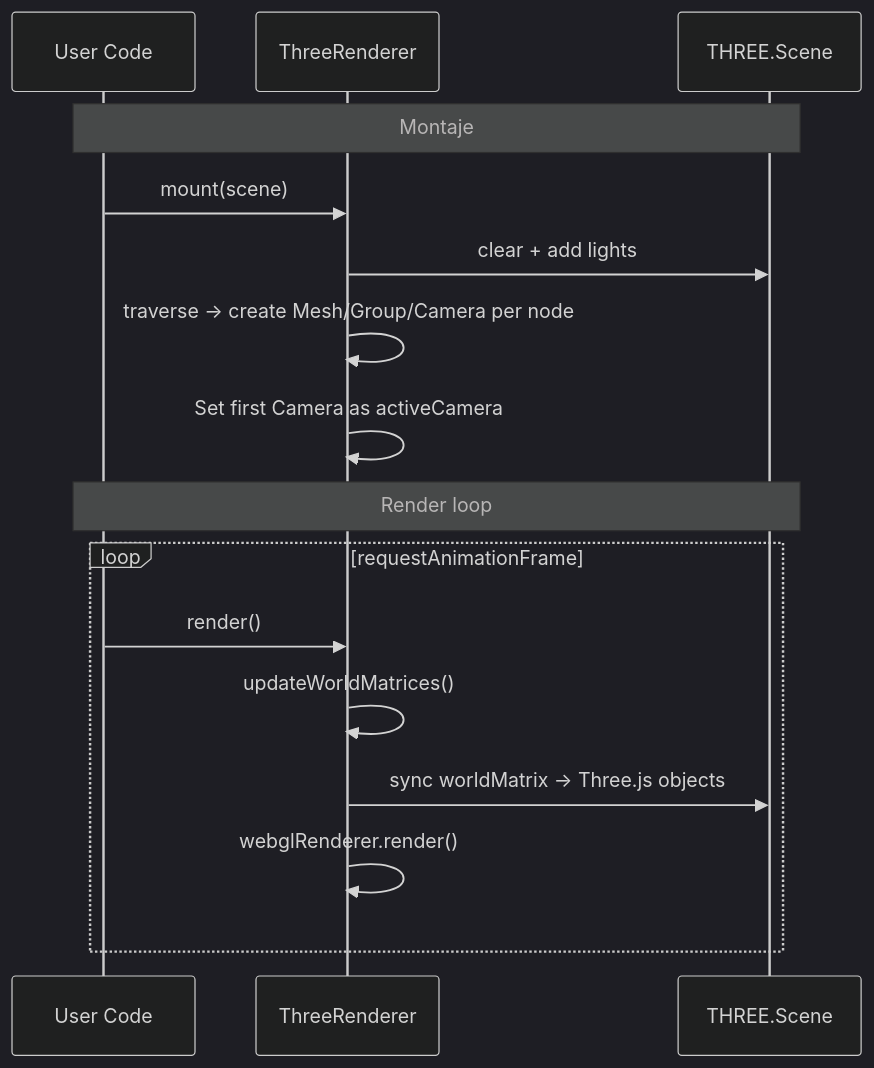
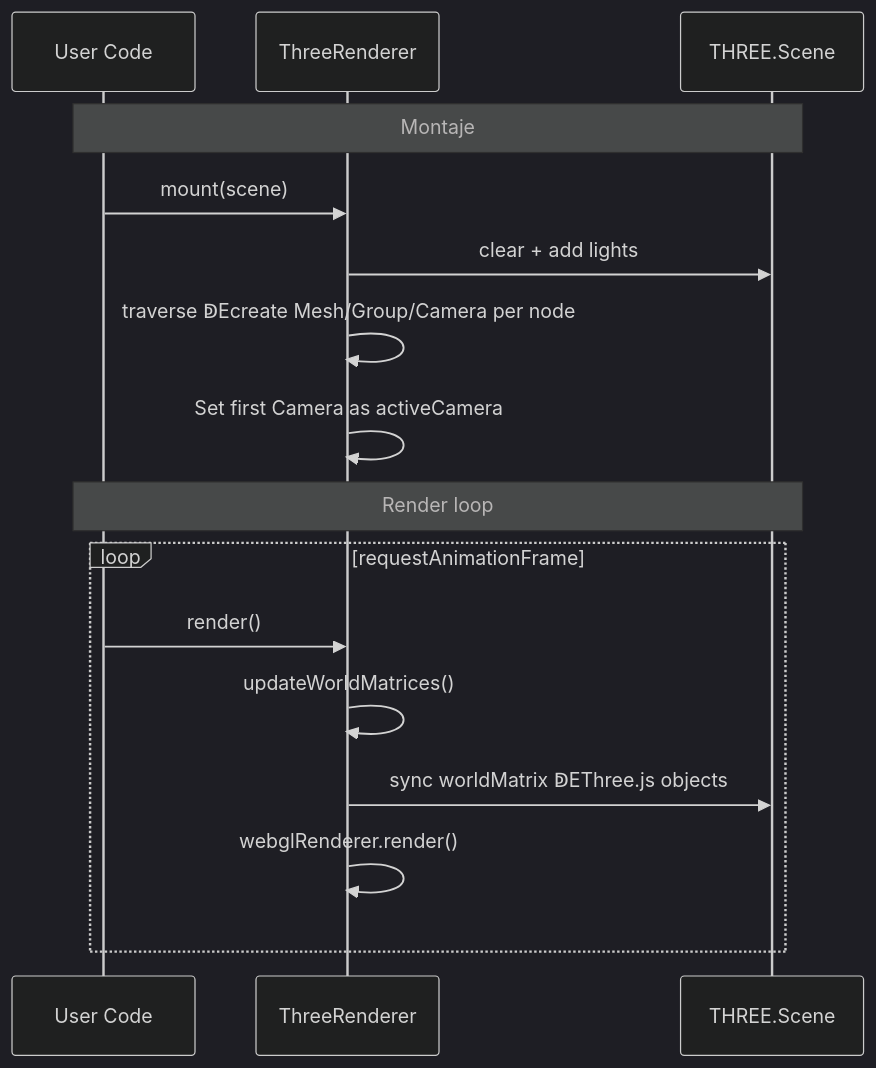
One commit to joshuacba08/oroya-animate changed the second of 4 diagrams in apps/web/src/content/docs/renderers.md. Above: the diagram before and after it, drawn with Mermaid (dark theme). The commit also changed other lines of this file and 113 other files, not shown here.

````diff
--- a/apps/web/src/content/docs/renderers.md
+++ b/apps/web/src/content/docs/renderers.md
@@ -75,20 +75,20 @@
 ```mermaid
 sequenceDiagram
     participant U as User Code
     participant TR as ThreeRenderer
     participant TS as THREE.Scene
 
     Note over U,TS: Montaje
     U->>TR: mount(scene)
     TR->>TS: clear + add lights
-    TR->>TR: traverse → create Mesh/Group/Camera per node
+    TR->>TR: traverse ↁEcreate Mesh/Group/Camera per node
     TR->>TR: Set first Camera as activeCamera
 
     Note over U,TS: Render loop
     loop requestAnimationFrame
         U->>TR: render()
         TR->>TR: updateWorldMatrices()
-        TR->>TS: sync worldMatrix → Three.js objects
+        TR->>TS: sync worldMatrix ↁEThree.js objects
         TR->>TR: webglRenderer.render()
     end
 ```
````
